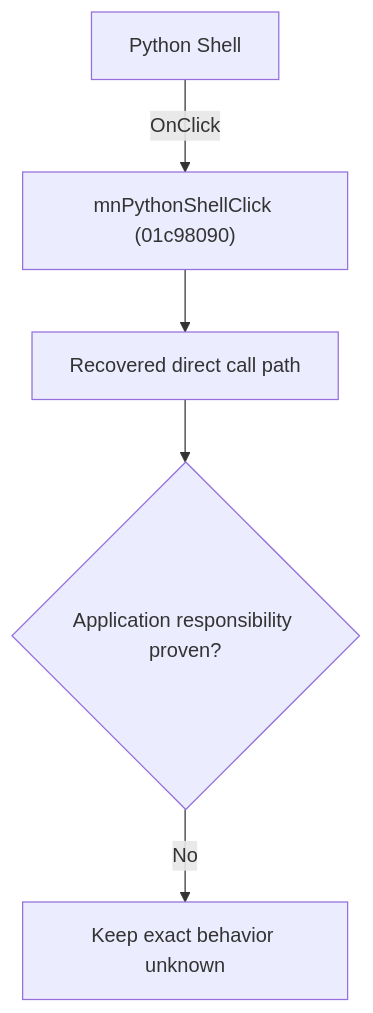
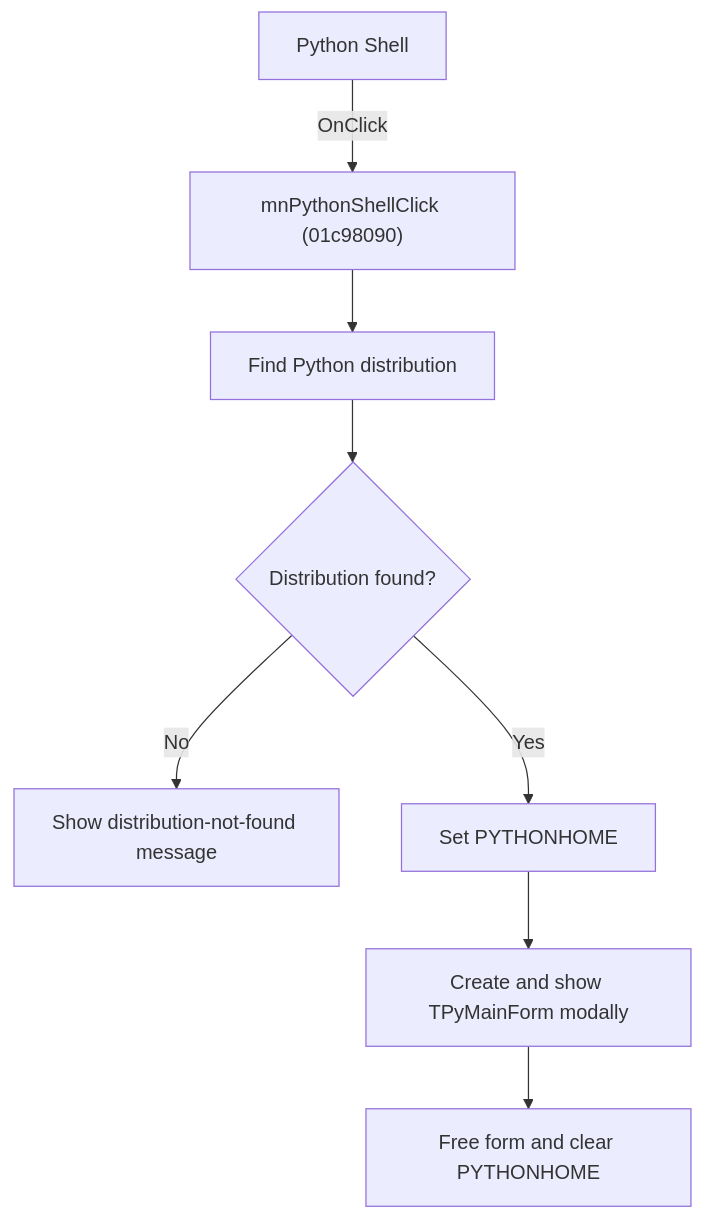
One commit to MovGP0/TIARA changed the diagram in docs/ui-controls/schematiceditor/mnpythonshell-8051aafc70.md. Above: the diagram before and after it, drawn with Mermaid. The commit also changed other lines of this file and 241 other files, not shown here.

````diff
--- a/docs/ui-controls/schematiceditor/mnpythonshell-8051aafc70.md
+++ b/docs/ui-controls/schematiceditor/mnpythonshell-8051aafc70.md
@@ -27,7 +29,10 @@
 ```mermaid
 flowchart TD
-    control["Python Shell"] -->|"OnClick"| handler["mnPythonShellClick (01c98090)"]
-    handler --> recovered["Recovered direct call path"]
-    recovered --> gap{"Application responsibility proven?"}
-    gap -->|"No"| blocked["Keep exact behavior unknown"]
+    control["Python Shell"] -->|OnClick| handler["mnPythonShellClick (01c98090)"]
+    handler --> detect["Find Python distribution"]
+    detect --> found{"Distribution found?"}
+    found -->|No| error["Show distribution-not-found message"]
+    found -->|Yes| env["Set PYTHONHOME"]
+    env --> shell["Create and show TPyMainForm modally"]
+    shell --> cleanup["Free form and clear PYTHONHOME"]
 ```
````
